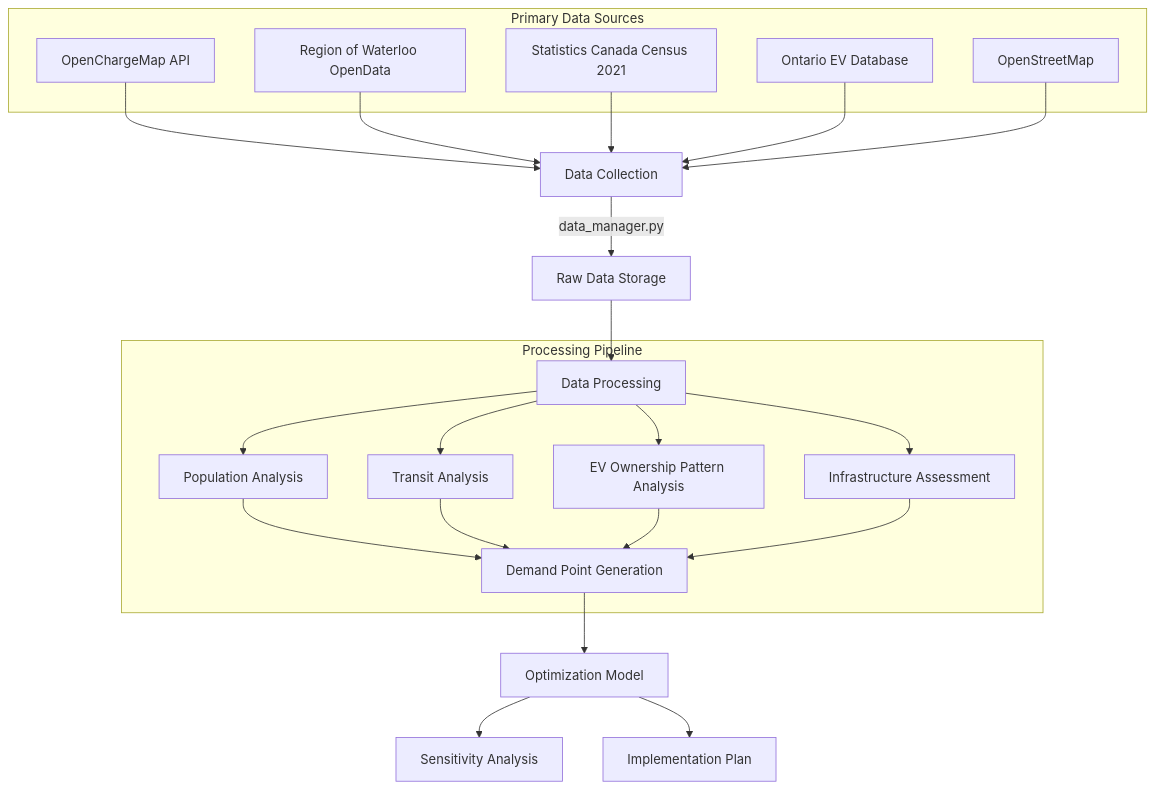
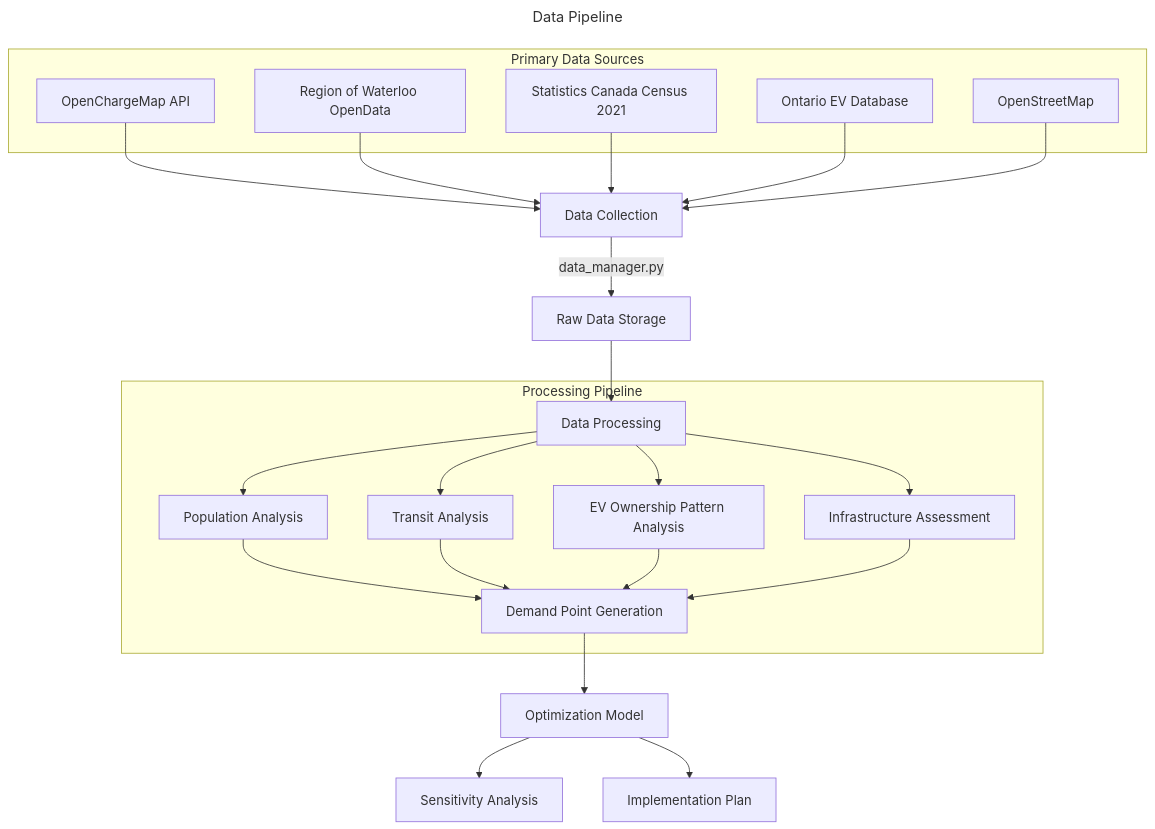
The first of 4 diagrams in src/data/content/evse-opt.md (jaxendutta/v3), drawn with Mermaid before and after one commit. The commit also changed other lines of this file and 2 other files, not shown here.

````diff
--- a/src/data/content/evse-opt.md
+++ b/src/data/content/evse-opt.md
@@ -80,35 +80,38 @@
 ```mermaid
+---
+title: Data Pipeline
+---
 graph TD
     A[Data Collection] --> |data_manager.py| B[Raw Data Storage]
     B --> C[Data Processing]
     
     subgraph "Primary Data Sources"
         D1[OpenChargeMap API]
         D2[Region of Waterloo OpenData]
         D3[Statistics Canada Census 2021]
         D4[Ontario EV Database]
         D5[OpenStreetMap]
     end
     
     D1 --> A
     D2 --> A
     D3 --> A
     D4 --> A
     D5 --> A
     
     subgraph "Processing Pipeline"
         C --> E[Population Analysis]
         C --> F[Transit Analysis]
         C --> G[EV Ownership Pattern Analysis]
         C --> H[Infrastructure Assessment]
         
         E --> I[Demand Point Generation]
         F --> I
         G --> I
         H --> I
     end
     
     I --> J[Optimization Model]
     J --> K[Sensitivity Analysis]
     J --> L[Implementation Plan]
 ```
````
